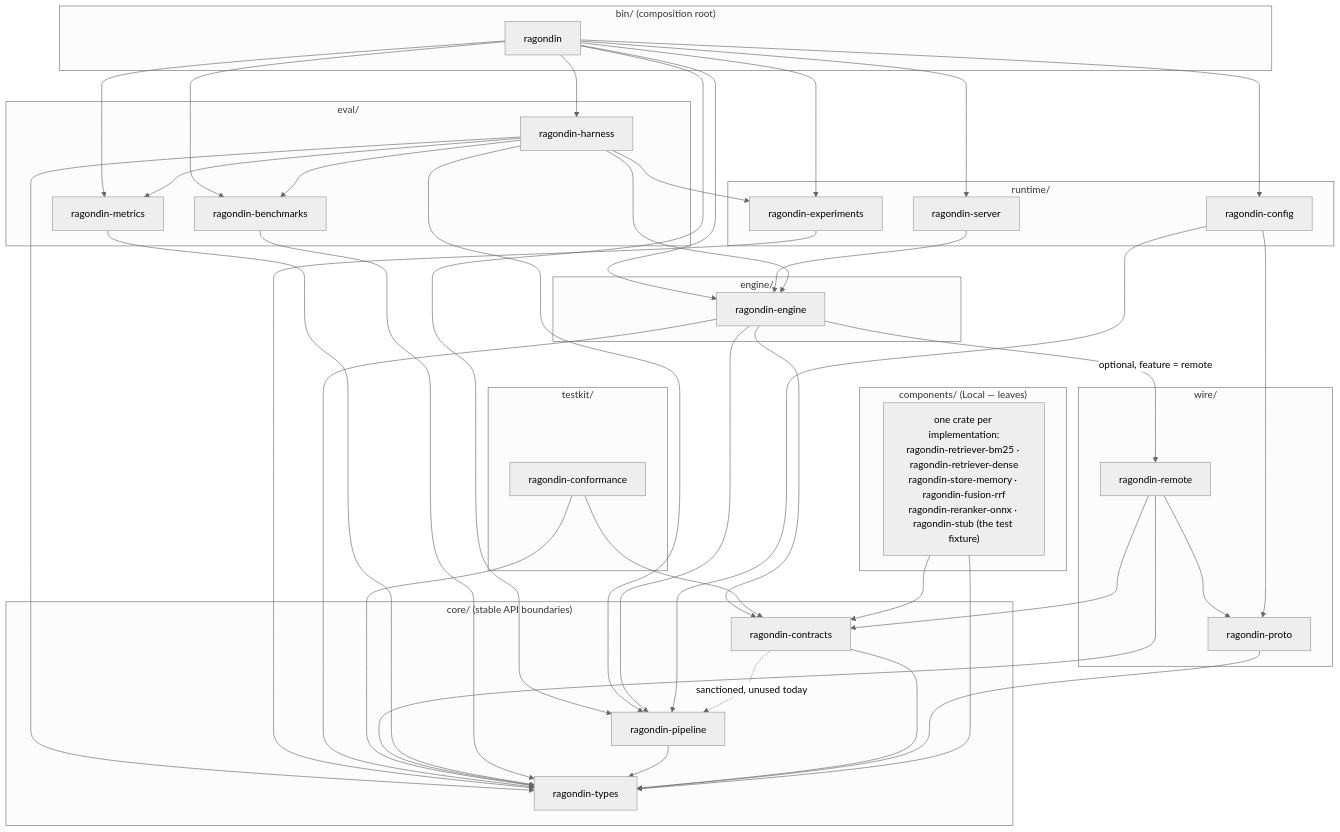
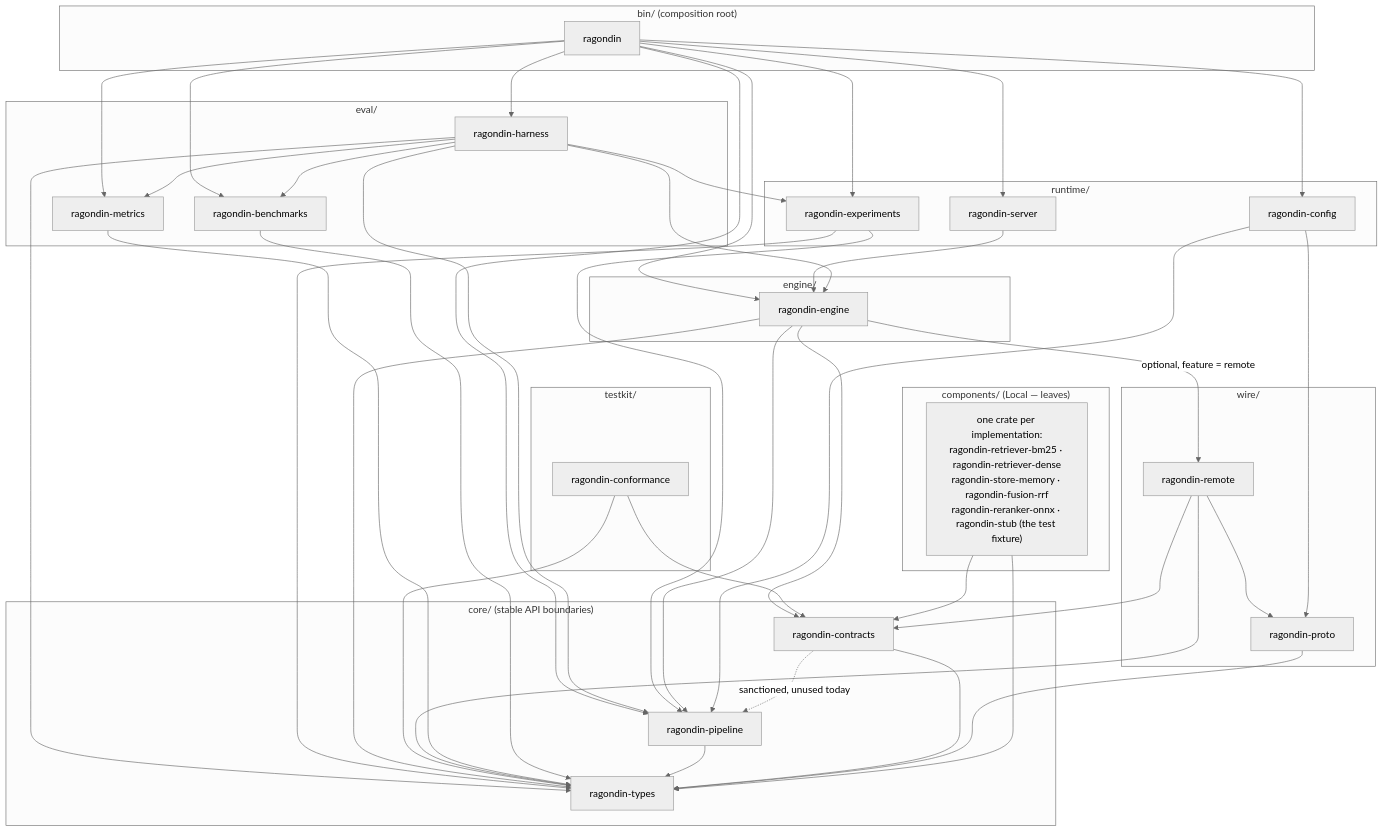
Before and after one commit to genesary/Ragondin: the first of 4 diagrams in docs/code-architecture.md, drawn with Mermaid (neutral theme).

Commit message:
docs(code-architecture): draw the ragondin-experiments to ragondin-pipeline edge (#226)
Closes #215.

§4.3's dependency graph drew only `EXP --> TYP`.
`runtime/ragondin-experiments/Cargo.toml` also declares
`ragondin-pipeline`, for the `PipelineHash` in the run-identity tuple.

It is one line, `EXP --> PIP & TYP`, and it is a defect rather than an
abbreviation for the reason the issue gives: the prose around the graph
says solid arrows are edges that exist, and explains that
`ragondin-conformance`'s dev-dependency is deliberately absent *because
the graph draws normal dependencies only*. Being told which category is
excluded is what makes the reader conclude the rest are drawn.

### Verification

The criterion asks for the edge to be checked rather than eyeballed:
`cargo metadata --format-version 1 --no-deps`, filtered to
`ragondin-experiments`, reports `normal ragondin-pipeline` and `normal
ragondin-types` — exactly the two edges now drawn, and no others.

`just check` passes. No other edge was touched — Scope — OUT puts a
general audit of the graph outside this issue.

### Invariants touched

None.

````diff
--- a/docs/code-architecture.md
+++ b/docs/code-architecture.md
@@ -180,51 +180,51 @@
 ```mermaid
 flowchart TB
   subgraph BIN["bin/ (composition root)"]
     RAG[ragondin]
   end
   subgraph RUNTIME["runtime/"]
     SRV[ragondin-server]
     EXP[ragondin-experiments]
     CFG[ragondin-config]
   end
   subgraph EVAL["eval/"]
     HAR[ragondin-harness]
     MET[ragondin-metrics]
     BEN[ragondin-benchmarks]
   end
   subgraph ENGINE["engine/"]
     ENG[ragondin-engine]
   end
   subgraph TESTKIT["testkit/"]
     CNF[ragondin-conformance]
   end
   subgraph COMP["components/ (Local — leaves)"]
     CX["one crate per implementation:<br/>ragondin-retriever-bm25 · ragondin-retriever-dense<br/>ragondin-store-memory · ragondin-fusion-rrf<br/>ragondin-reranker-onnx · ragondin-stub (the test fixture)"]
   end
   subgraph WIRE["wire/"]
     PRO[ragondin-proto]
     REM[ragondin-remote]
   end
   subgraph CORE["core/ (stable API boundaries)"]
     CON[ragondin-contracts]
     PIP[ragondin-pipeline]
     TYP[ragondin-types]
   end
 
   RAG --> SRV & HAR & EXP & CFG & ENG & MET & BEN & PIP
   SRV --> ENG
   HAR --> ENG & MET & BEN & EXP & PIP & TYP
-  EXP --> TYP
+  EXP --> PIP & TYP
   ENG --> CON & PIP & TYP
   ENG -->|"optional, feature = remote"| REM
   CNF --> CON & TYP
   REM --> CON & TYP & PRO
   MET --> TYP
   BEN --> TYP
   CFG --> PIP & PRO
   CON -.->|"sanctioned, unused today"| PIP
   PIP --> TYP
   CON --> TYP
   PRO --> TYP
   CX --> CON & TYP
 ```
````
